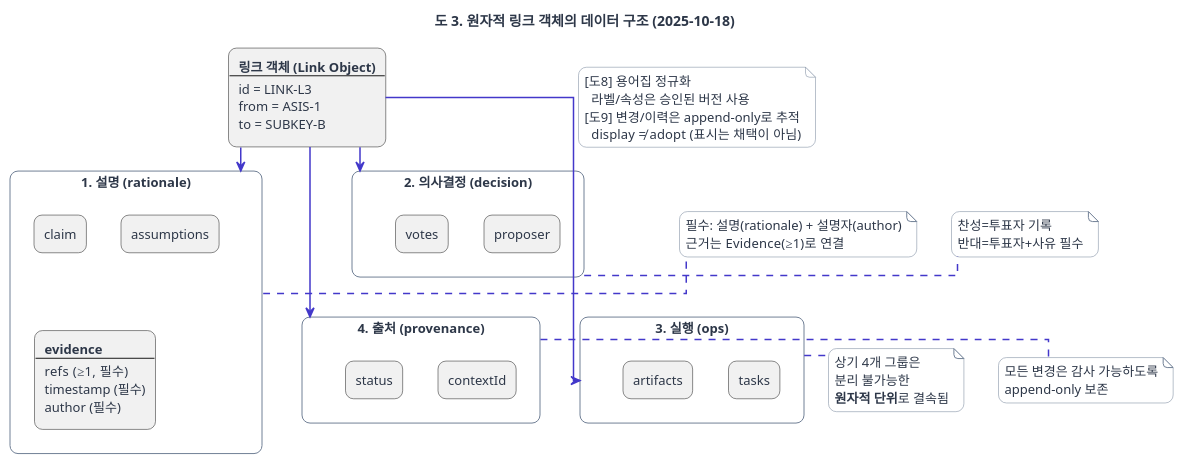
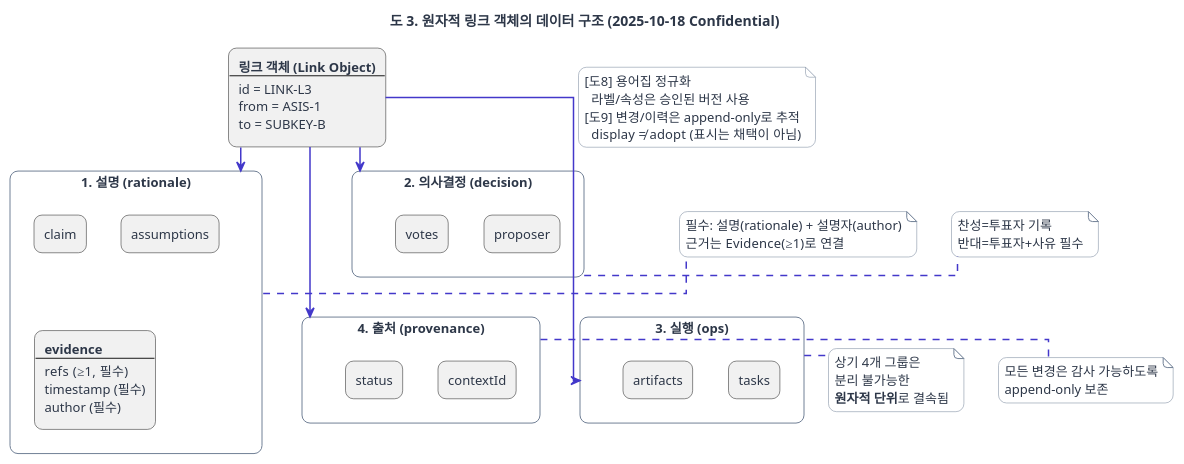
The diagram in diagrams/4_atomic_link_object_ds.puml (hamnYK/worflogyTemp), drawn with PlantUML before and after one commit. The commit also changed 13 other files, not shown here.

```diff
--- a/diagrams/4_atomic_link_object_ds.puml
+++ b/diagrams/4_atomic_link_object_ds.puml
@@ -1,153 +1,153 @@
 @startuml
 
-title 도 3. 원자적 링크 객체의 데이터 구조 (2025-10-18)
+title 도 3. 원자적 링크 객체의 데이터 구조 (2025-10-18 Confidential)
 
 '================================================================
 ' Worflogy.com Website Theme for PlantUML
 '================================================================
 
 '// 1. 전역 스타일 (Global Style & Fonts) //
 skinparam backgroundColor #ffffff
 skinparam defaultFontName "Pretendard"
 skinparam defaultFontSize 13
 skinparam defaultFontColor #2D3748
 skinparam shadowing false
 skinparam roundCorner 16
 
 '// 2. 화살표 및 연결선 스타일 (Arrow & Connector Style) //
 skinparam ArrowColor #718096
 skinparam ArrowThickness 1.5
 skinparam ArrowFontColor #718096
 skinparam ArrowFontSize 12
 skinparam linetype ortho
 
 '// 3. 기본 요소 스타일 (Standard Elements Style) //
 skinparam card {
   BackgroundColor #ffffff
   BorderColor #718096
 }
 skinparam note {
   BackgroundColor #ffffff
   BorderColor #718096
   FontColor #2D3748
 }
 skinparam component {
   BackgroundColor #ffffff
   BorderColor #718096
 }
 skinparam package {
   BackgroundColor #ffffff
   BorderColor #718096
 }
 skinparam database {
   BackgroundColor #ffffff
   BorderColor #718096
 }
 ' [추가] 파티션(Partition) 스타일 정의
 skinparam partition {
   BackgroundColor #F4F6F8 ' 웹사이트의 연한 배경색으로 구분감 부여
   BorderColor #718096
   FontColor #2D3748
 }
 
 '// 4. 강조 요소 스타일 (Accent Elements Style) //
 skinparam actor {
   BackgroundColor #4338CA
   BorderColor #4338CA
   FontColor #ffffff
 }
 skinparam participant {
   BackgroundColor #4338CA
   BorderColor #4338CA
   FontColor #ffffff
 }
 skinparam usecase {
   BackgroundColor #ffffff
   BorderColor #4338CA
   ArrowColor #4338CA
 }
 skinparam activity {
   BackgroundColor #ffffff
   BorderColor #4338CA
   FontColor #2D3748
 }
 
 '// 5. 클래스 다이어그램 스타일 (Class Diagram Style) //
 skinparam class {
   BackgroundColor #ffffff
   BorderColor #718096 ' [수정] 테두리 색상 변경
   HeaderBackgroundColor #4338CA
   FontColor #ffffff
   AttributeFontColor #2D3748
   AttributeFontSize 12
 }
 
 '================================================================
 
 ' Main Object
 rectangle "<b>링크 객체 (Link Object)</b>\n--\nid = LINK-L3\nfrom = ASIS-1\nto = SUBKEY-B" as Link
 
 ' Group rectangles for sub-properties
 rectangle "<b>1. 설명 (rationale)</b>" as Rationale {
   rectangle "claim"
   rectangle "assumptions"
   rectangle "<b>evidence</b>\n--\nrefs (≥1, 필수)\ntimestamp (필수)\nauthor (필수)" as Evidence
 }
 
 rectangle "<b>2. 의사결정 (decision)</b>" as Decision {
   rectangle "proposer"
   rectangle "votes"
 }
 
 rectangle "<b>3. 실행 (ops)</b>" as Ops {
   rectangle "tasks"
   rectangle "artifacts"
 }
 
 rectangle "<b>4. 출처 (provenance)</b>" as Provenance {
   rectangle "contextId"
   rectangle "status"
 }
 
 ' Layout using hidden links to create a 2x2 grid
 Link -[hidden]down- Rationale
 Rationale -[hidden]right- Decision
 Decision -[hidden]down- Ops
 Rationale -[hidden]down- Provenance
 Provenance -[hidden]right- Ops
 
 ' Visible connections
 Link -down-> Rationale
 Link -down-> Decision
 Link -down-> Provenance
 Link -down-> Ops
 
 note right of Ops
   상기 4개 그룹은
   분리 불가능한
   <b>원자적 단위</b>로 결속됨
 end note
 
 note right of Link
 [도8] 용어집 정규화
   라벨/속성은 승인된 버전 사용
 [도9] 변경/이력은 append-only로 추적
   display ≠ adopt (표시는 채택이 아님)
 end note
 
 note right of Rationale
   필수: 설명(rationale) + 설명자(author)
   근거는 Evidence(≥1)로 연결
 end note
 
 note right of Decision
   찬성=투표자 기록
   반대=투표자+사유 필수
 end note
 
 note right of Provenance
   모든 변경은 감사 가능하도록
   append-only 보존
 end note
 
 @enduml
```
